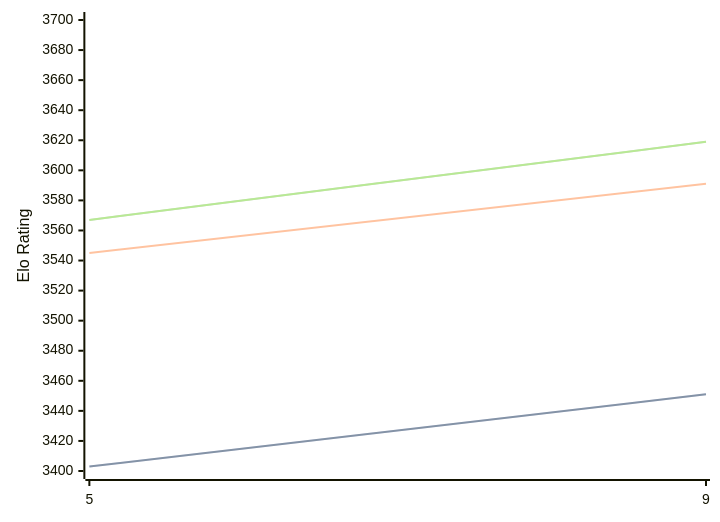
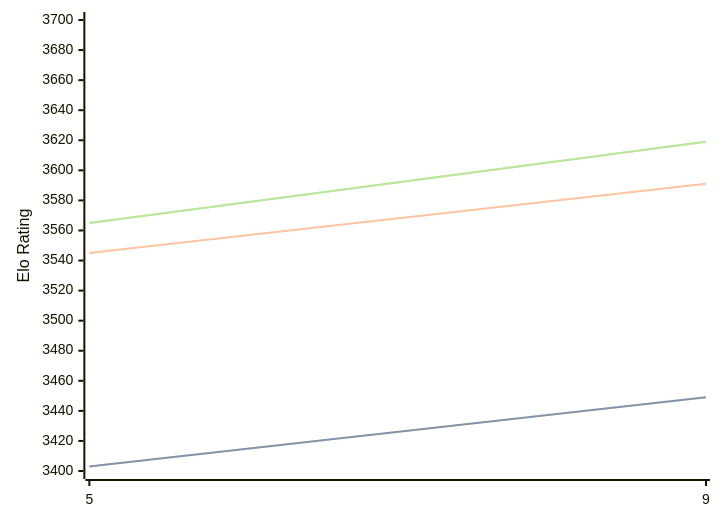
The diagram in engines/Crystal.md (computer-chess-index/cci), drawn with Mermaid before and after one commit. The commit also changed other lines of this file, not shown here.

Commit message:
Update CCI Ratings (ELO VLTC) - 2026-04-08

````diff
--- a/engines/Crystal.md
+++ b/engines/Crystal.md
@@ -60,11 +60,11 @@
 ```mermaid
 %%{init: {"theme":"base","themeVariables":{"seriesColors:['#a3a3a3','#222221','#faa371']}}}%%
 xychart-beta
   x-axis ["5", "9"]
   y-axis "Elo Rating" 3400 --> 3700
-  line "STC (8.0+0.08s)" [3403, 3451]
-  line "STC (8.0+0.08s)" [3403, 3451]
+  line "STC (8.0+0.08s)" [3403, 3449]
+  line "STC (8.0+0.08s)" [3403, 3449]
   line "LTC (60.0+0.60s)" [3545, 3591]
-  line "VLTC (2m24s+1.12s)" [3567, 3619]
-  line "VLTC (2m24s+1.12s)" [3567, 3619]
+  line "VLTC (2m24s+1.12s)" [3565, 3619]
+  line "VLTC (2m24s+1.12s)" [3565, 3619]
 ```
````
